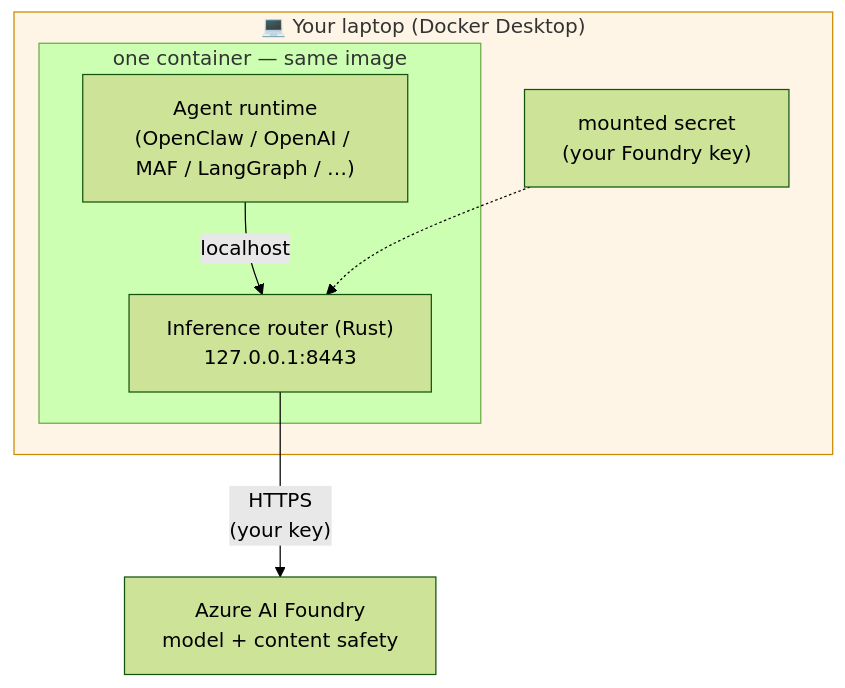
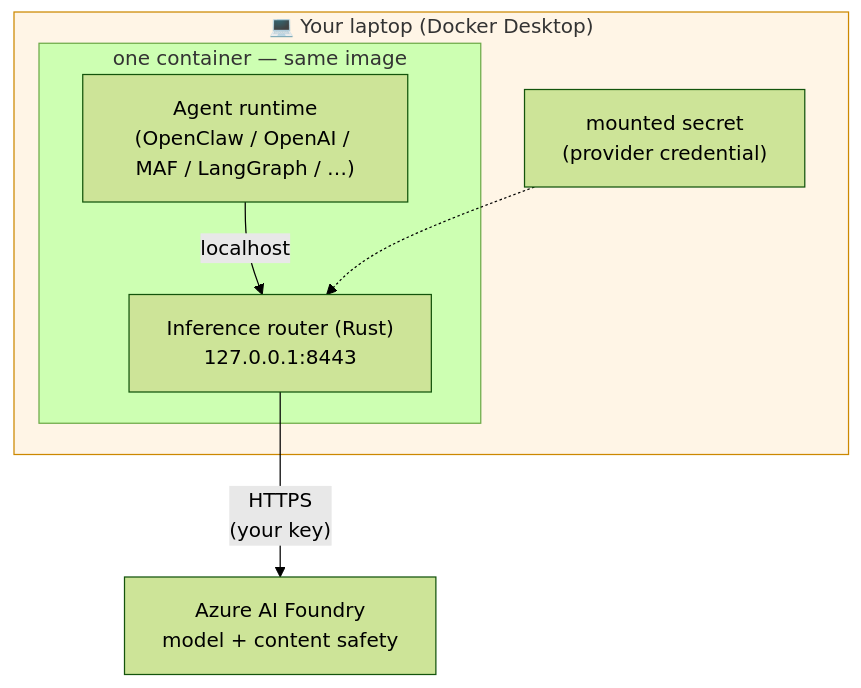
Before and after one commit to lachie83/kars: the first of 9 diagrams in docs/architecture-diagrams.md, drawn with Mermaid (forest theme). The commit also changed 12 other files, not shown here.

````diff
--- a/docs/architecture-diagrams.md
+++ b/docs/architecture-diagrams.md
@@ -13,18 +13,18 @@
 ```mermaid
 flowchart TB
   subgraph Laptop["💻 Your laptop (Docker Desktop)"]
     subgraph Sandbox["one container — same image"]
       Agent["Agent runtime<br/>(OpenClaw / OpenAI / MAF / LangGraph / …)"]
       Router["Inference router (Rust)<br/>127.0.0.1:8443"]
       Agent -->|localhost| Router
     end
-    Secret["mounted secret<br/>(your Foundry key)"]
+    Secret["mounted secret<br/>(provider credential)"]
     Secret -.-> Router
   end
 
   Foundry["Azure AI Foundry<br/>model + content safety"]
   Router -->|"HTTPS<br/>(your key)"| Foundry
 
   classDef laptop fill:#fff5e6,stroke:#cc8800
   class Laptop laptop
 ```
````
